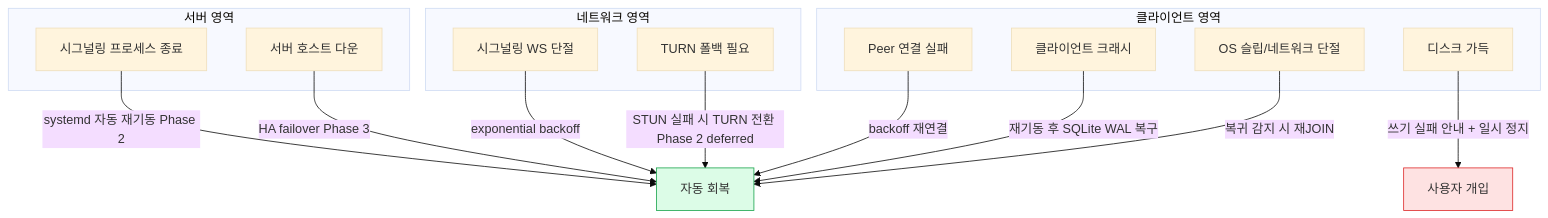
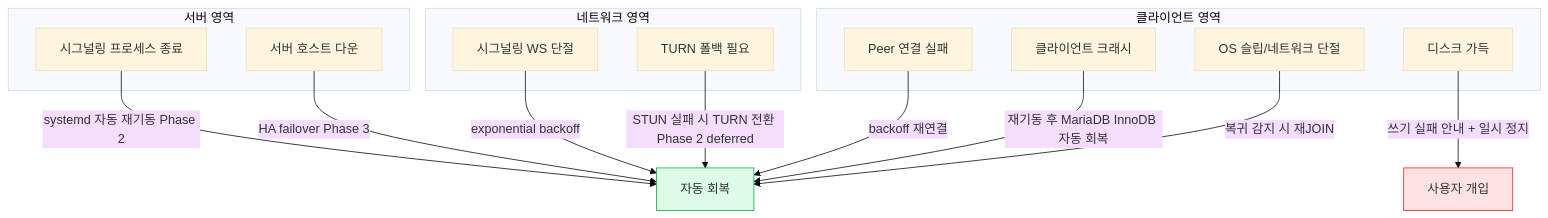
One commit to oneticket99/p2p_msg changed the first of 2 diagrams in RELIABILITY.md. Above: the diagram before and after it, drawn with Mermaid (base theme). The commit also changed other lines of this file and 2 other files, not shown here.

First line of the commit message:
fix(policy): RELIABILITY.md MariaDB 회수 — 13 위반 정정

````diff
--- a/RELIABILITY.md
+++ b/RELIABILITY.md
@@ -41,31 +41,31 @@
 ```mermaid
 flowchart TB
     subgraph CLIENT[클라이언트 영역]
         C1[Peer 연결 실패]
         C2[클라이언트 크래시]
         C3[OS 슬립/네트워크 단절]
         C4[디스크 가득]
     end
     subgraph NET[네트워크 영역]
         N1[시그널링 WS 단절]
         N2[TURN 폴백 필요]
     end
     subgraph SERVER[서버 영역]
         S1[시그널링 프로세스 종료]
         S2[서버 호스트 다운]
     end
 
     C1 -->|backoff 재연결| RECOVER[자동 회복]
-    C2 -->|재기동 후 SQLite WAL 복구| RECOVER
+    C2 -->|재기동 후 MariaDB InnoDB 자동 회복| RECOVER
     C3 -->|복귀 감지 시 재JOIN| RECOVER
     C4 -->|쓰기 실패 안내 + 일시 정지| MANUAL[사용자 개입]
     N1 -->|exponential backoff| RECOVER
     N2 -->|STUN 실패 시 TURN 전환 Phase 2 deferred| RECOVER
     S1 -->|systemd 자동 재기동 Phase 2| RECOVER
     S2 -->|HA failover Phase 3| RECOVER
 
     classDef auto fill:#dcfce7,stroke:#16a34a
     classDef manual fill:#fee2e2,stroke:#dc2626
     class RECOVER auto
     class MANUAL manual
 ```
````
